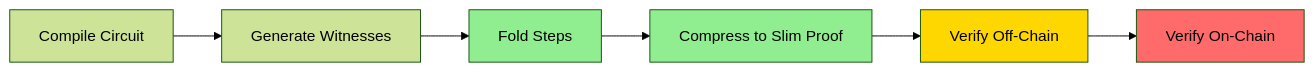
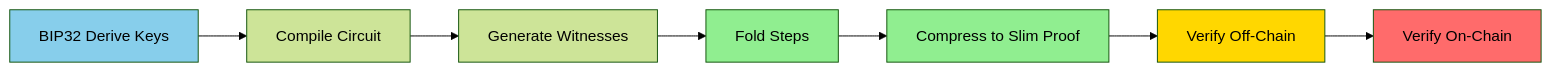
The first of 2 diagrams in cardano/cip197/E2E.md (paweljakubas/nova-slim), drawn with Mermaid (forest theme) before and after one commit. The commit also changed other lines of this file and 14 other files, not shown here.

````diff
--- a/cardano/cip197/E2E.md
+++ b/cardano/cip197/E2E.md
@@ -15,13 +16,15 @@
 ```mermaid
 flowchart LR
-    A[Compile Circuit] --> B[Generate Witnesses]
-    B --> C[Fold Steps]
-    C --> D[Compress to Slim Proof]
-    D --> E[Verify Off-Chain]
-    E --> F[Verify On-Chain]
+    A[BIP32 Derive Keys] --> B[Compile Circuit]
+    B --> C[Generate Witnesses]
+    C --> D[Fold Steps]
+    D --> E[Compress to Slim Proof]
+    E --> F[Verify Off-Chain]
+    F --> G[Verify On-Chain]
 
-    style C fill:#90EE90
+    style A fill:#87CEEB
     style D fill:#90EE90
-    style E fill:#FFD700
-    style F fill:#FF6B6B
+    style E fill:#90EE90
+    style F fill:#FFD700
+    style G fill:#FF6B6B
 ```
````
